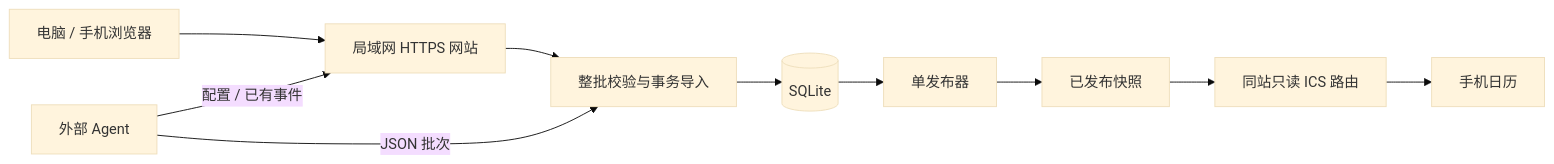
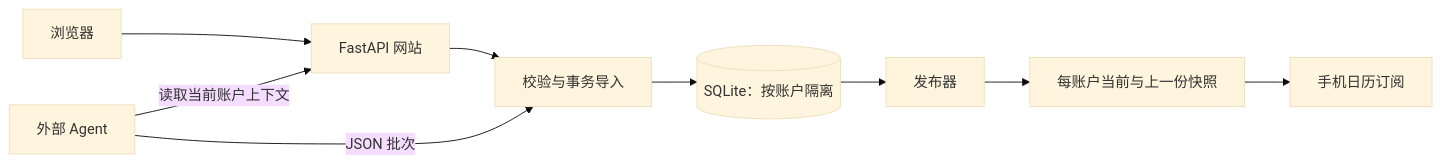
The diagram in docs/方案设计.md (Jhuster/interest-calendar), drawn with Mermaid (base theme) before and after one commit. The commit also changed other lines of this file and 15 other files, not shown here.

Commit message:
修复多账户权限与恢复行为，更新产品文档和截图

````diff
--- a/docs/方案设计.md
+++ b/docs/方案设计.md
@@ -20,12 +18,11 @@
 ```mermaid
 flowchart LR
-  U[电脑 / 手机浏览器] --> M[局域网 HTTPS 网站]
-  A[外部 Agent] -->|配置 / 已有事件| M
-  A -->|JSON 批次| V[整批校验与事务导入]
-  M --> V
-  V --> D[(SQLite)]
-  D --> P[单发布器]
-  P --> S[已发布快照]
-  S --> R[同站只读 ICS 路由]
-  R --> I[手机日历]
+  U[浏览器] --> W[FastAPI 网站]
+  A[外部 Agent] -->|读取当前账户上下文| W
+  A -->|JSON 批次| V[校验与事务导入]
+  W --> V
+  V --> D[(SQLite：按账户隔离)]
+  D --> P[发布器]
+  P --> S[每账户当前与上一份快照]
+  S --> C[手机日历订阅]
 ```
````
